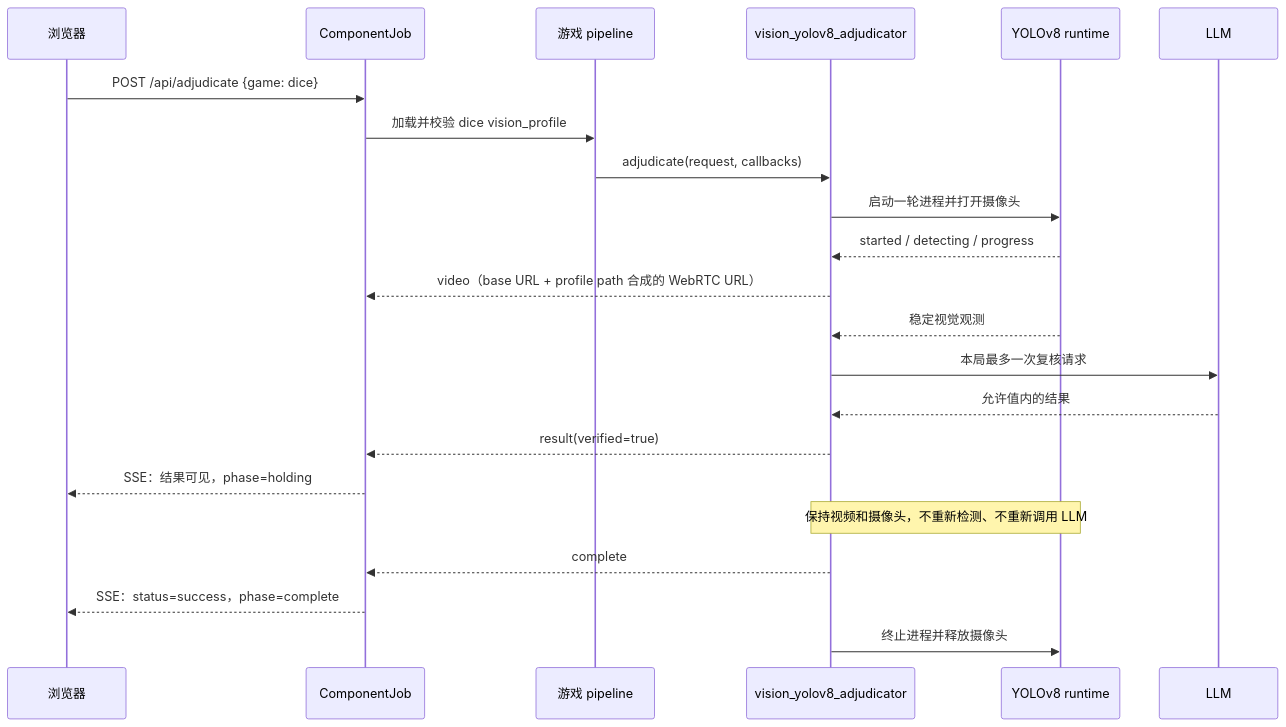
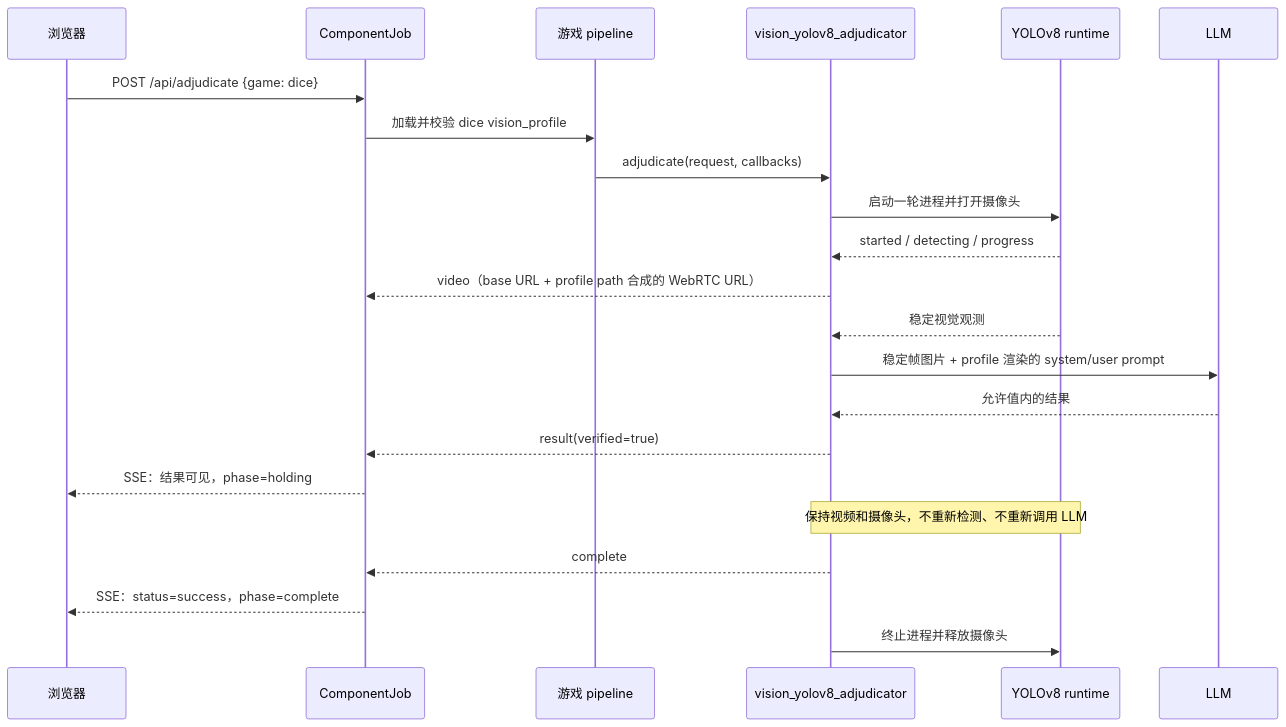
Before and after one commit to Fitz8863/spacemitk3-dice_demo: the diagram in docs/superpowers/specs/2026-08-29-vision-yolov8-adjudicator-design.md, drawn with Mermaid. The commit also changed other lines of this file, not shown here.

````diff
--- a/docs/superpowers/specs/2026-08-29-vision-yolov8-adjudicator-design.md
+++ b/docs/superpowers/specs/2026-08-29-vision-yolov8-adjudicator-design.md
@@ -283,25 +286,25 @@
 ```mermaid
 sequenceDiagram
     participant Web as 浏览器
     participant Job as ComponentJob
     participant Pipe as 游戏 pipeline
     participant V as vision_yolov8_adjudicator
     participant C as YOLOv8 runtime
     participant L as LLM
 
     Web->>Job: POST /api/adjudicate {game: dice}
     Job->>Pipe: 加载并校验 dice vision_profile
     Pipe->>V: adjudicate(request, callbacks)
     V->>C: 启动一轮进程并打开摄像头
     C-->>V: started / detecting / progress
     V-->>Job: video（base URL + profile path 合成的 WebRTC URL）
     C-->>V: 稳定视觉观测
-    V->>L: 本局最多一次复核请求
+    V->>L: 稳定帧图片 + profile 渲染的 system/user prompt
     L-->>V: 允许值内的结果
     V-->>Job: result(verified=true)
     Job-->>Web: SSE：结果可见，phase=holding
     Note over V,C: 保持视频和摄像头，不重新检测、不重新调用 LLM
     V-->>Job: complete
     Job-->>Web: SSE：status=success，phase=complete
     V->>C: 终止进程并释放摄像头
 ```
````
